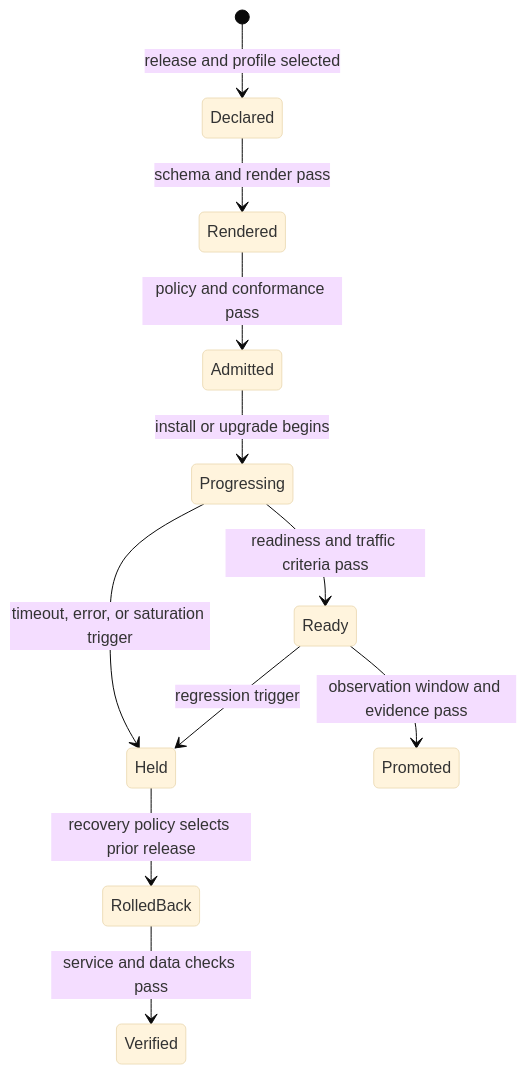
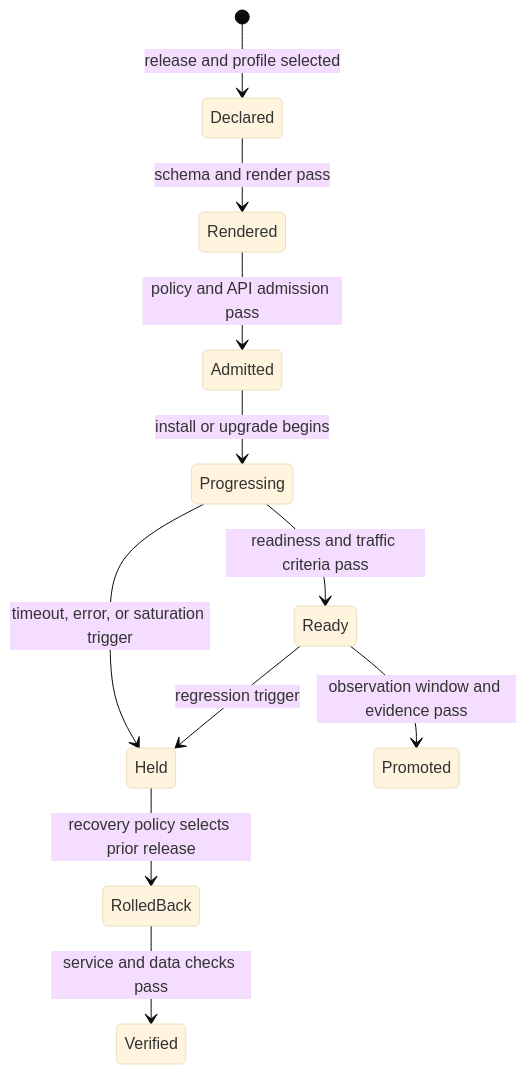
The second of 3 diagrams in docs/bijux-atlas-ops/kubernetes/index.md (bijux/bijux-atlas), drawn with Mermaid (base theme) before and after one commit. The commit also changed other lines of this file and 2 other files, not shown here.

Commit message:
docs(kubernetes): distinguish readiness from suite conformance

````diff
--- a/docs/bijux-atlas-ops/kubernetes/index.md
+++ b/docs/bijux-atlas-ops/kubernetes/index.md
@@ -37,13 +40,13 @@
 ```mermaid
 stateDiagram-v2
     [*] --> Declared: release and profile selected
     Declared --> Rendered: schema and render pass
-    Rendered --> Admitted: policy and conformance pass
+    Rendered --> Admitted: policy and API admission pass
     Admitted --> Progressing: install or upgrade begins
     Progressing --> Ready: readiness and traffic criteria pass
     Progressing --> Held: timeout, error, or saturation trigger
     Ready --> Promoted: observation window and evidence pass
     Ready --> Held: regression trigger
     Held --> RolledBack: recovery policy selects prior release
     RolledBack --> Verified: service and data checks pass
 ```
````
